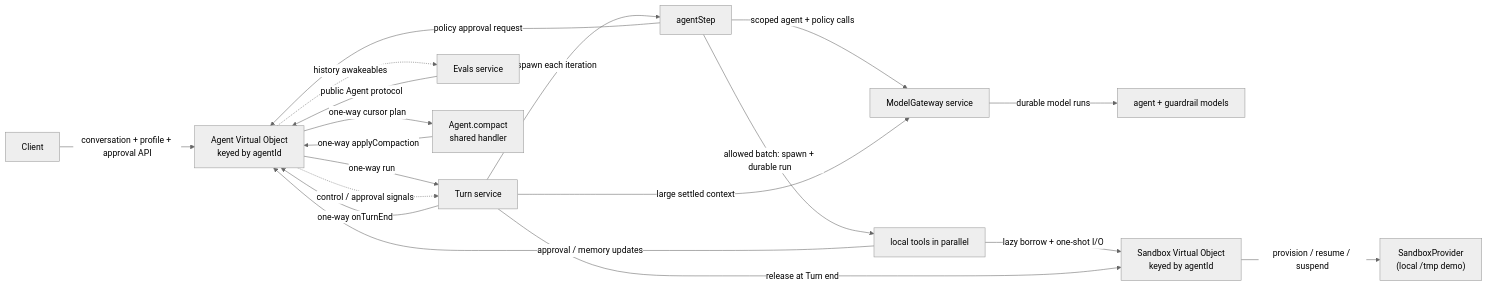
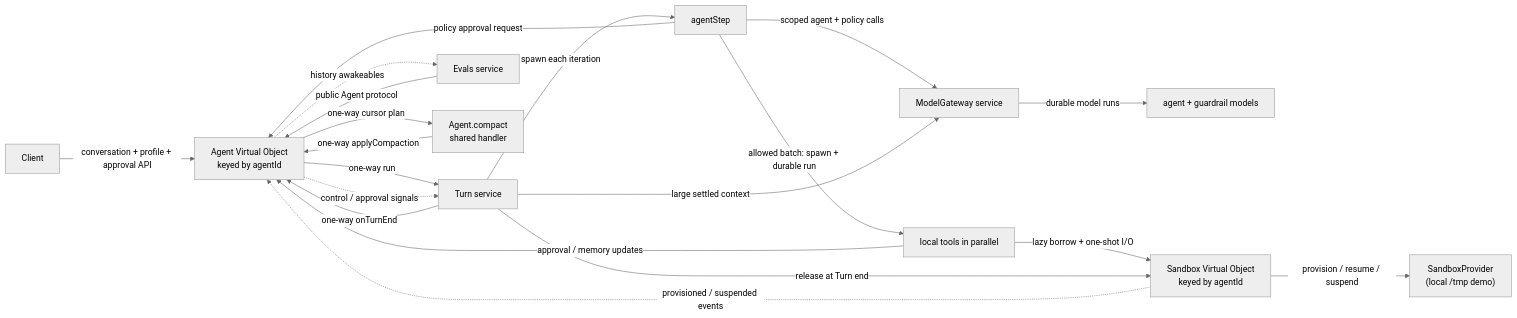
One commit to restatedev/agent changed the diagram in README.md. Above: the diagram before and after it, drawn with Mermaid (neutral theme). The commit also changed other lines of this file and 8 other files, not shown here.

Commit message:
feat(example): record sandbox lifecycle events

````diff
--- a/README.md
+++ b/README.md
@@ -77,21 +77,22 @@
 ```mermaid
 flowchart LR
   Client -->|"conversation + profile + approval API"| Agent["Agent Virtual Object\nkeyed by agentId"]
   Agent -->|"one-way run"| Turn["Turn service"]
   Agent -.->|"control / approval signals"| Turn
   Turn -->|"spawn each iteration"| Step["agentStep"]
   Step -->|"scoped agent + policy calls"| Gateway["ModelGateway service"]
   Gateway -->|"durable model runs"| Model["agent + guardrail models"]
   Step -->|"allowed batch: spawn + durable run"| Tools["local tools in parallel"]
   Step -->|"policy approval request"| Agent
   Tools -->|"approval / memory updates"| Agent
   Tools -->|"lazy borrow + one-shot I/O"| Sandbox["Sandbox Virtual Object\nkeyed by agentId"]
   Turn -->|"release at Turn end"| Sandbox
   Sandbox -->|"provision / resume / suspend"| Provider["SandboxProvider\n(local /tmp demo)"]
+  Sandbox -.->|"provisioned / suspended events"| Agent
   Turn -->|"large settled context"| Gateway
   Turn -->|"one-way onTurnEnd"| Agent
   Eval["Evals service"] -->|"public Agent protocol"| Agent
   Agent -.->|"history awakeables"| Eval
   Agent -->|"one-way cursor plan"| Compactor["Agent.compact\nshared handler"]
   Compactor -->|"one-way applyCompaction"| Agent
 ```
````
